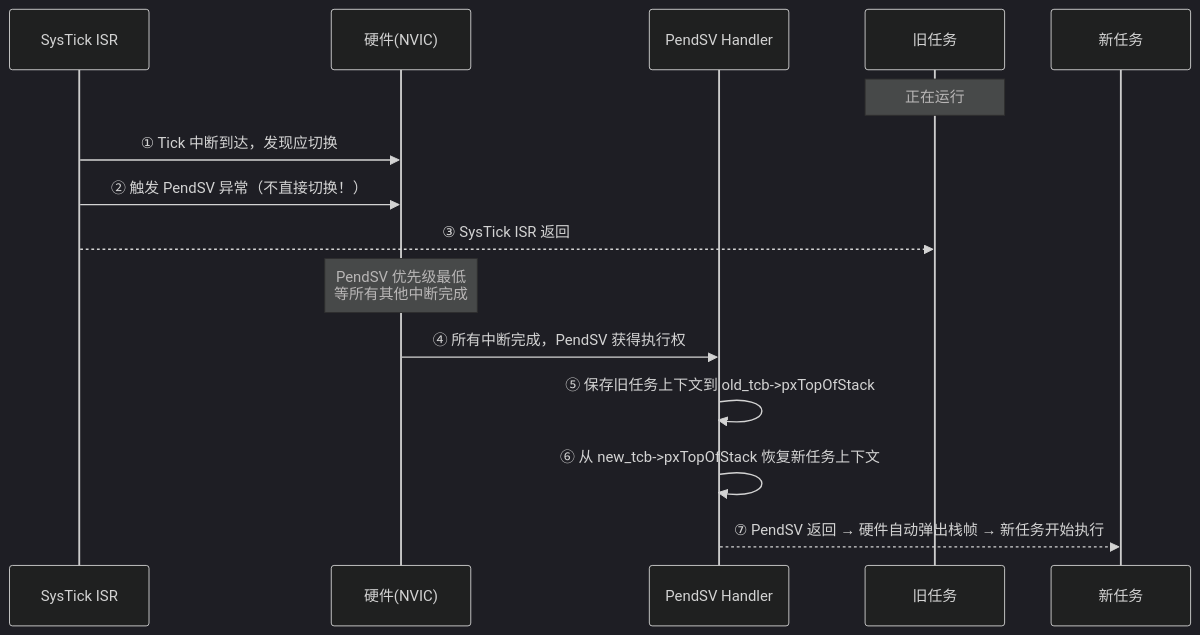
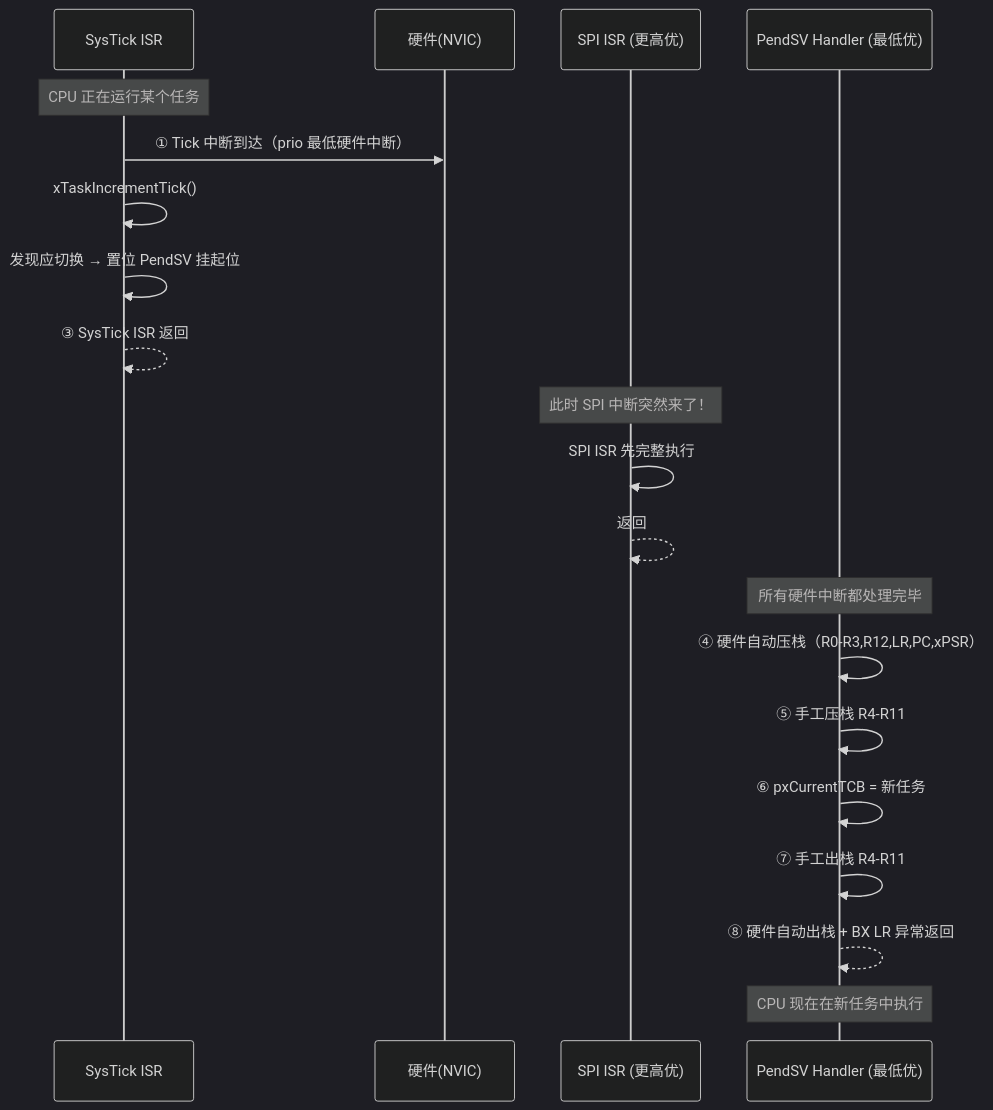
Diagram 11 of 19 in docs/subpage/Linux&嵌入式/subsubpage/第_3_课：FreeRTOS实时操作系统.md (UrsoCN/Docs), drawn with Mermaid (dark theme) before and after one commit. The commit also changed other lines of this file and 4 other files, not shown here.

````diff
--- a/docs/subpage/Linux&嵌入式/subsubpage/第_3_课：FreeRTOS实时操作系统.md
+++ b/docs/subpage/Linux&嵌入式/subsubpage/第_3_课：FreeRTOS实时操作系统.md
@@ -967,21 +1160,26 @@
 ```mermaid
 sequenceDiagram
     participant TICK as SysTick ISR
     participant HW as 硬件(NVIC)
-    participant ISR as PendSV Handler
-    participant OLD as 旧任务
-    participant NEW as 新任务
+    participant SPI as SPI ISR (更高优)
+    participant PEND as PendSV Handler (最低优)
 
-    Note over OLD: 正在运行
+    Note over TICK: CPU 正在运行某个任务
 
-    TICK->>HW: ① Tick 中断到达，发现应切换
-    TICK->>HW: ② 触发 PendSV 异常（不直接切换！）
-    TICK-->>OLD: ③ SysTick ISR 返回
+    TICK->>HW: ① Tick 中断到达（prio 最低硬件中断）
+    TICK->>TICK: xTaskIncrementTick()
+    TICK->>TICK: 发现应切换 → 置位 PendSV 挂起位
+    TICK-->>TICK: ③ SysTick ISR 返回
 
-    Note over HW: PendSV 优先级最低<br/>等所有其他中断完成
+    Note over SPI: 此时 SPI 中断突然来了！
+    SPI->>SPI: SPI ISR 先完整执行
+    SPI-->>SPI: 返回
 
-    HW->>ISR: ④ 所有中断完成，PendSV 获得执行权
-    ISR->>ISR: ⑤ 保存旧任务上下文到 old_tcb->pxTopOfStack
-    ISR->>ISR: ⑥ 从 new_tcb->pxTopOfStack 恢复新任务上下文
-    ISR-->>NEW: ⑦ PendSV 返回 → 硬件自动弹出栈帧 → 新任务开始执行
+    Note over PEND: 所有硬件中断都处理完毕
+    PEND->>PEND: ④ 硬件自动压栈（R0-R3,R12,LR,PC,xPSR）
+    PEND->>PEND: ⑤ 手工压栈 R4-R11
+    PEND->>PEND: ⑥ pxCurrentTCB = 新任务
+    PEND->>PEND: ⑦ 手工出栈 R4-R11
+    PEND-->>PEND: ⑧ 硬件自动出栈 + BX LR 异常返回
+    Note over PEND: CPU 现在在新任务中执行
 ```
````
